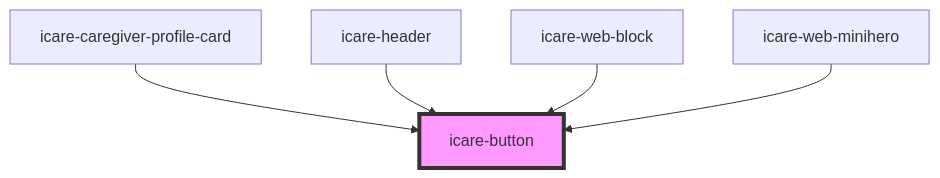
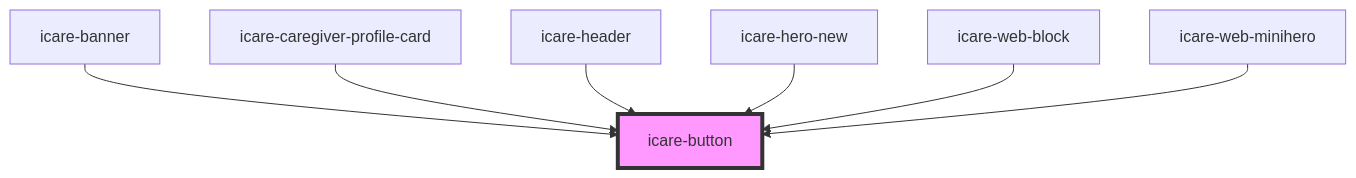
Before and after one commit to ajkirwan1/icare-components: the diagram in src/components/icare-button/readme.md, drawn with Mermaid. The commit also changed other lines of this file and 35 other files, not shown here.

````diff
--- a/src/components/icare-button/readme.md
+++ b/src/components/icare-button/readme.md
@@ -27,8 +29,10 @@
 ```mermaid
 graph TD;
+  icare-banner --> icare-button
   icare-caregiver-profile-card --> icare-button
   icare-header --> icare-button
+  icare-hero-new --> icare-button
   icare-web-block --> icare-button
   icare-web-minihero --> icare-button
   style icare-button fill:#f9f,stroke:#333,stroke-width:4px
 ```
````
